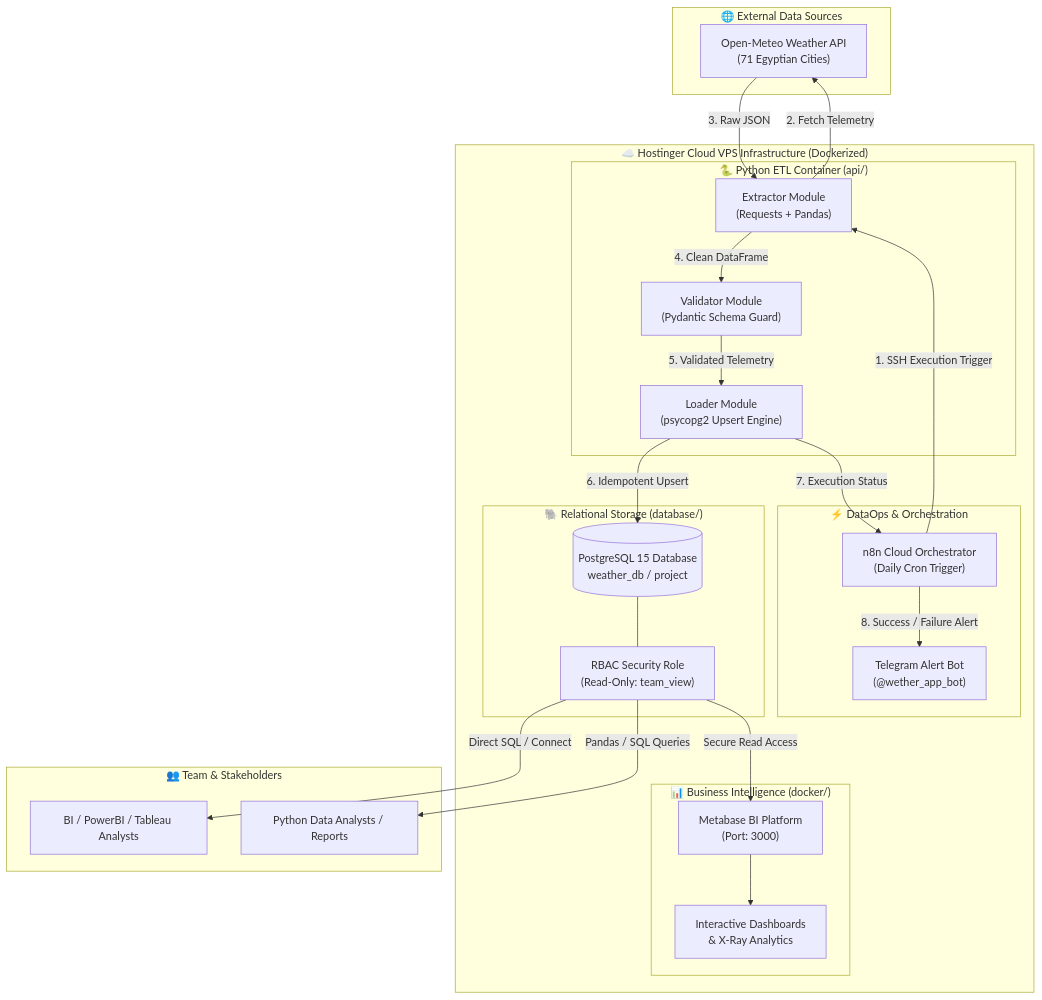
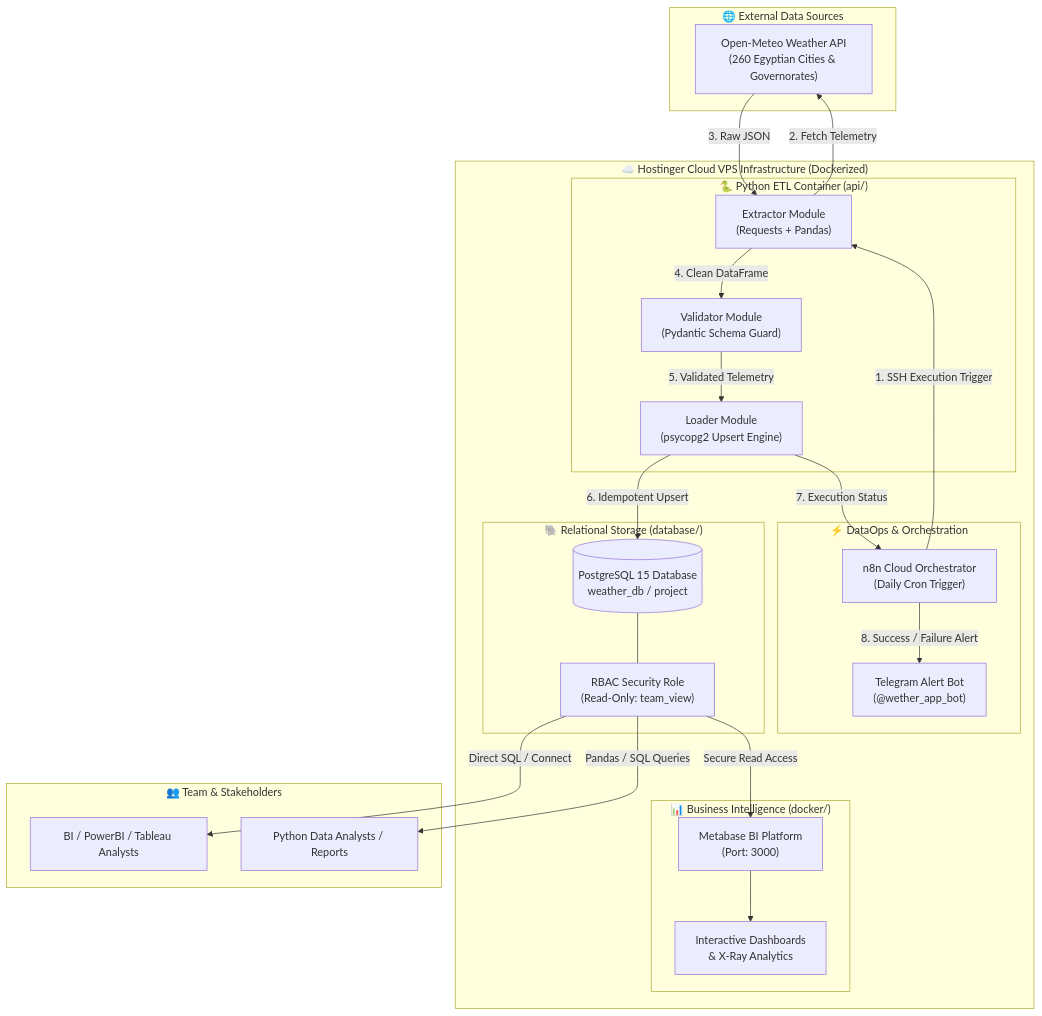
Before and after one commit to salahAbdeldaim/Weather-Data-Pipeline-with-Python-and-PostgreSQL: the diagram in README.md, drawn with Mermaid. The commit also changed other lines of this file and 2 other files, not shown here.

Commit message:
docs: Standardize to 260 cities, add Future Roadmap, Open-Source Extensibility & Presentation updates

````diff
--- a/README.md
+++ b/README.md
@@ -35,51 +35,51 @@
 ```mermaid
 graph TD
     subgraph External Sources ["🌐 External Data Sources"]
-        API["Open-Meteo Weather API<br/>(71 Egyptian Cities)"]
+        API["Open-Meteo Weather API<br/>(260 Egyptian Cities & Governorates)"]
     end
 
     subgraph Cloud VPS ["☁️ Hostinger Cloud VPS Infrastructure (Dockerized)"]
         subgraph Orchestration Layer ["⚡ DataOps & Orchestration"]
             N8N["n8n Cloud Orchestrator<br/>(Daily Cron Trigger)"]
             TBOT["Telegram Alert Bot<br/>(@wether_app_bot)"]
         end
 
         subgraph Ingestion & Processing Layer ["🐍 Python ETL Container (api/)"]
             EXT["Extractor Module<br/>(Requests + Pandas)"]
             VAL["Validator Module<br/>(Pydantic Schema Guard)"]
             LOAD["Loader Module<br/>(psycopg2 Upsert Engine)"]
         end
 
         subgraph Storage & Governance Layer ["🐘 Relational Storage (database/)"]
             DB[(PostgreSQL 15 Database<br/>weather_db / project)]
             RBAC["RBAC Security Role<br/>(Read-Only: team_view)"]
         end
 
         subgraph BI & Analytics Layer ["📊 Business Intelligence (docker/)"]
             META["Metabase BI Platform<br/>(Port: 3000)"]
             DASH["Interactive Dashboards<br/>& X-Ray Analytics"]
         end
     end
 
     subgraph End Users ["👥 Team & Stakeholders"]
         BI_TEAM["BI / PowerBI / Tableau Analysts"]
         DATA_TEAM["Python Data Analysts / Reports"]
     end
 
     %% Flow Connections
     N8N -->|1. SSH Execution Trigger| EXT
     EXT -->|2. Fetch Telemetry| API
     API -->|3. Raw JSON| EXT
     EXT -->|4. Clean DataFrame| VAL
     VAL -->|5. Validated Telemetry| LOAD
     LOAD -->|6. Idempotent Upsert| DB
     LOAD -->|7. Execution Status| N8N
     N8N -->|8. Success / Failure Alert| TBOT
 
     %% Governance & BI Flow
     DB --- RBAC
     RBAC -->|Secure Read Access| META
     META --> DASH
     RBAC -->|Direct SQL / Connect| BI_TEAM
     RBAC -->|Pandas / SQL Queries| DATA_TEAM
 ```
````
